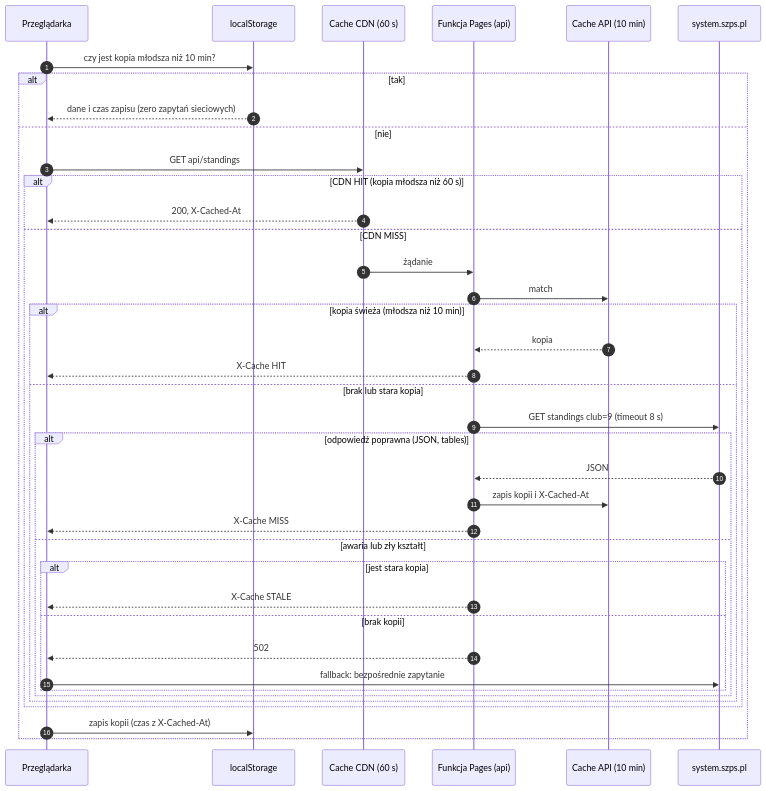
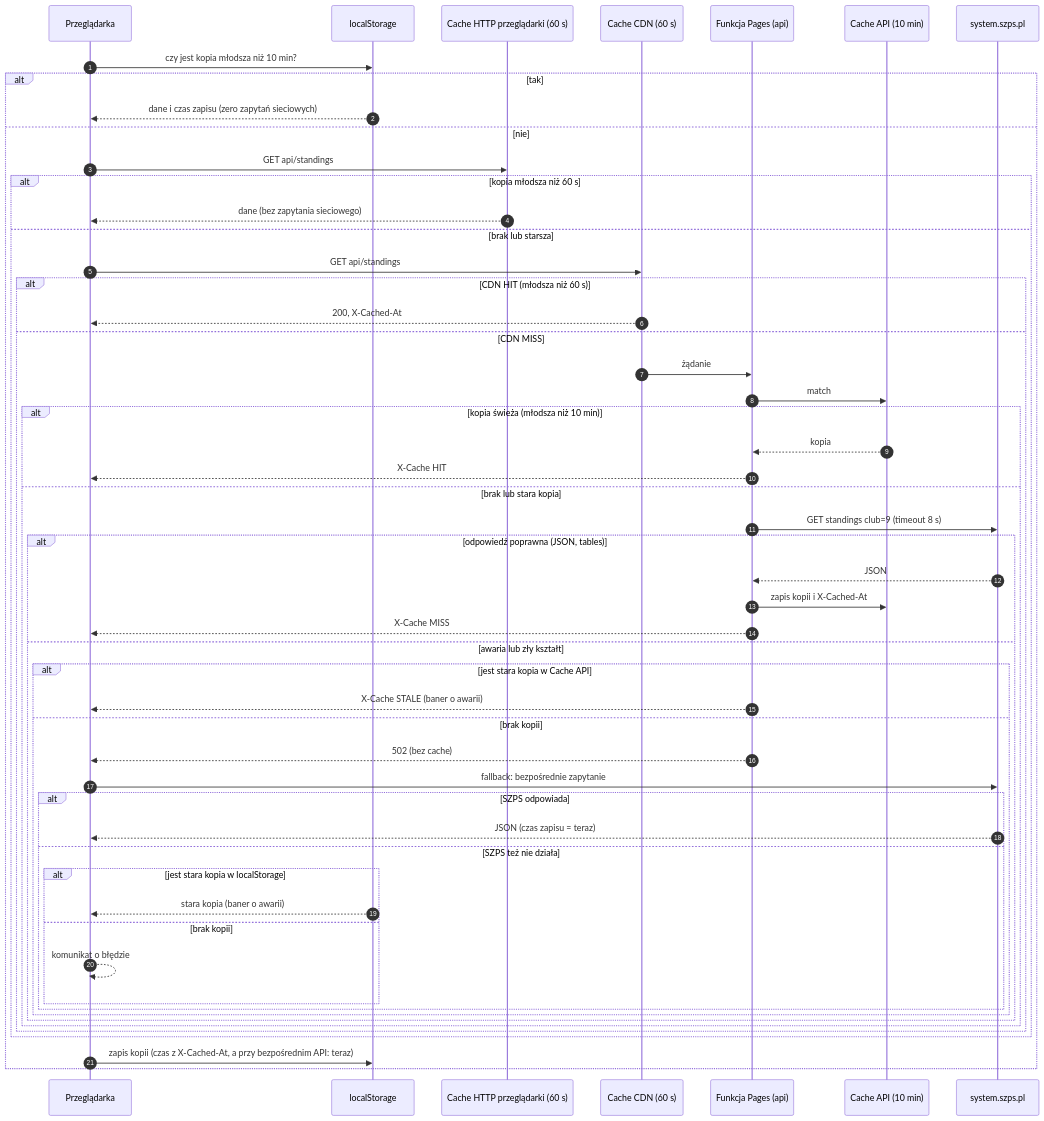
The second of 2 diagrams in ARCHITEKTURA.md (emter80/zsms-jks), drawn with Mermaid before and after one commit. The commit also changed other lines of this file, not shown here.

Commit message:
ARCHITEKTURA.md: pełny diagram sekwencji (cache HTTP przeglądarki, awaria SZPS po stronie klienta)
- dodana warstwa: cache HTTP przeglądarki (max-age=60 z /api/*)
- po 502 z funkcji: bezpośrednie API, a gdy też nie działa: stara kopia z
  localStorage z banerem albo komunikat o błędzie
- czas zapisu w localStorage: X-Cached-At albo bieżący czas (bezpośrednie API)
- tabela warstw cache uzupełniona o cache HTTP przeglądarki

````diff
--- a/ARCHITEKTURA.md
+++ b/ARCHITEKTURA.md
@@ -68,42 +68,57 @@
 ```mermaid
 sequenceDiagram
   autonumber
   participant B as Przeglądarka
   participant LS as localStorage
+  participant BC as Cache HTTP przeglądarki (60 s)
   participant CDN as Cache CDN (60 s)
   participant F as Funkcja Pages (api)
   participant C as Cache API (10 min)
   participant S as system.szps.pl
 
   B->>LS: czy jest kopia młodsza niż 10 min?
   alt tak
     LS-->>B: dane i czas zapisu (zero zapytań sieciowych)
   else nie
-    B->>CDN: GET api/standings
-    alt CDN HIT (kopia młodsza niż 60 s)
-      CDN-->>B: 200, X-Cached-At
-    else CDN MISS
-      CDN->>F: żądanie
-      F->>C: match
-      alt kopia świeża (młodsza niż 10 min)
-        C-->>F: kopia
-        F-->>B: X-Cache HIT
-      else brak lub stara kopia
-        F->>S: GET standings club=9 (timeout 8 s)
-        alt odpowiedź poprawna (JSON, tables)
-          S-->>F: JSON
-          F->>C: zapis kopii i X-Cached-At
-          F-->>B: X-Cache MISS
-        else awaria lub zły kształt
-          alt jest stara kopia
-            F-->>B: X-Cache STALE
-          else brak kopii
-            F-->>B: 502
-            B->>S: fallback: bezpośrednie zapytanie
+    B->>BC: GET api/standings
+    alt kopia młodsza niż 60 s
+      BC-->>B: dane (bez zapytania sieciowego)
+    else brak lub starsza
+      B->>CDN: GET api/standings
+      alt CDN HIT (młodsza niż 60 s)
+        CDN-->>B: 200, X-Cached-At
+      else CDN MISS
+        CDN->>F: żądanie
+        F->>C: match
+        alt kopia świeża (młodsza niż 10 min)
+          C-->>F: kopia
+          F-->>B: X-Cache HIT
+        else brak lub stara kopia
+          F->>S: GET standings club=9 (timeout 8 s)
+          alt odpowiedź poprawna (JSON, tables)
+            S-->>F: JSON
+            F->>C: zapis kopii i X-Cached-At
+            F-->>B: X-Cache MISS
+          else awaria lub zły kształt
+            alt jest stara kopia w Cache API
+              F-->>B: X-Cache STALE (baner o awarii)
+            else brak kopii
+              F-->>B: 502 (bez cache)
+              B->>S: fallback: bezpośrednie zapytanie
+              alt SZPS odpowiada
+                S-->>B: JSON (czas zapisu = teraz)
+              else SZPS też nie działa
+                alt jest stara kopia w localStorage
+                  LS-->>B: stara kopia (baner o awarii)
+                else brak kopii
+                  B-->>B: komunikat o błędzie
+                end
+              end
+            end
           end
         end
       end
     end
-    B->>LS: zapis kopii (czas z X-Cached-At)
+    B->>LS: zapis kopii (czas z X-Cached-At, a przy bezpośrednim API: teraz)
   end
 ```
````
